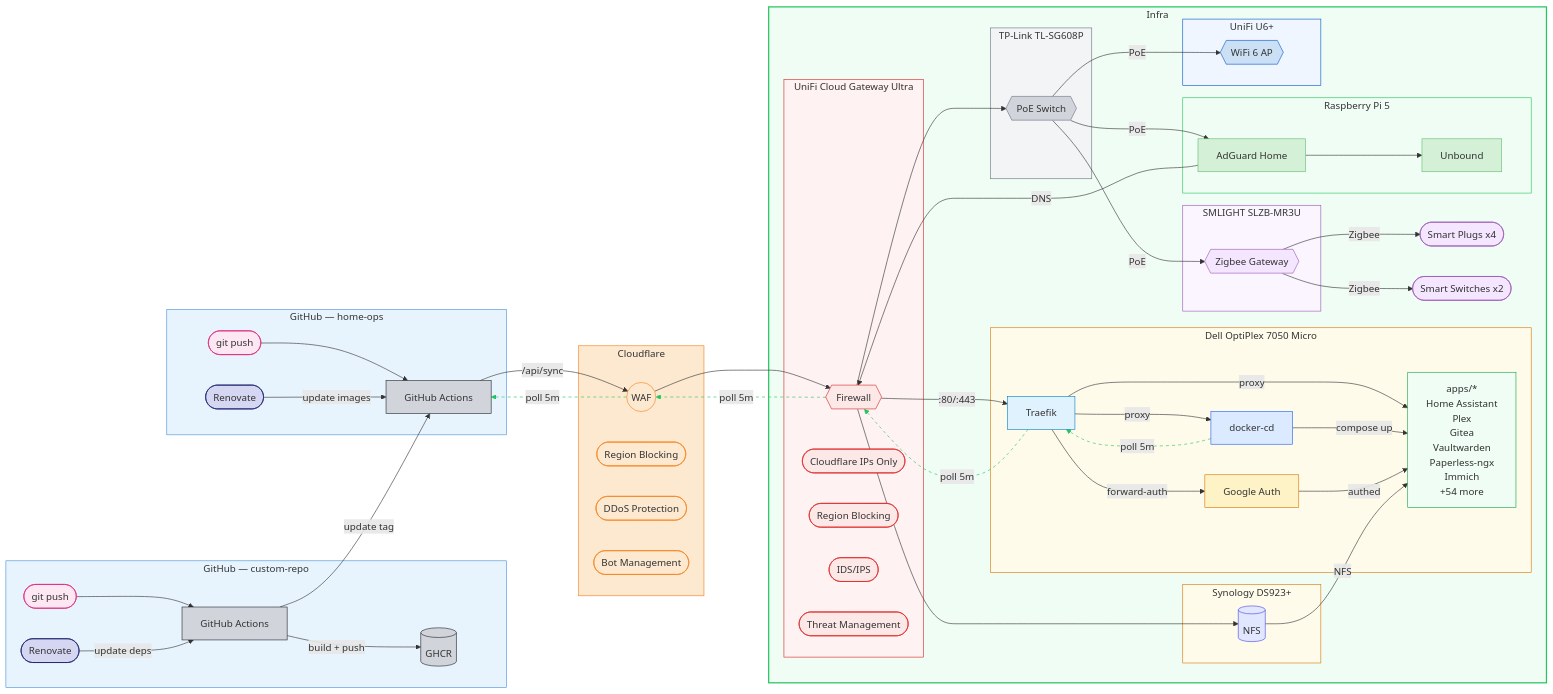
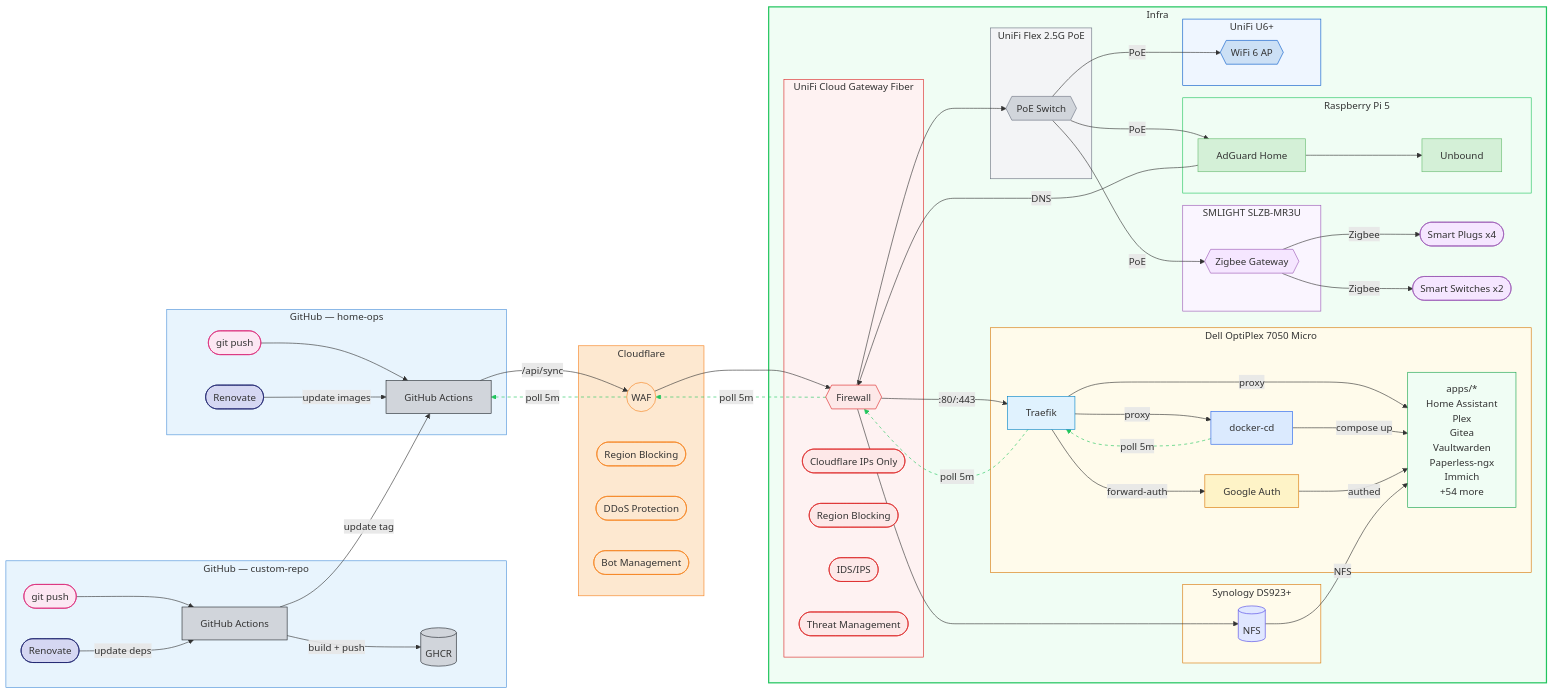
Before and after one commit to wajeht/home-ops: the diagram in README.md, drawn with Mermaid. The commit also changed other lines of this file, not shown here.

Commit message:
docs: update diagram and hardware list to reflect network changes

```diff
--- a/README.md
+++ b/README.md
@@ -63,7 +63,7 @@
             nfs[(NFS)]
         end
 
-        subgraph ucg[UniFi Cloud Gateway Ultra]
+        subgraph ucg[UniFi Cloud Gateway Fiber]
             unifi{{Firewall}}
             ucg_cf([Cloudflare IPs Only])
             ucg_region([Region Blocking])
@@ -82,7 +82,7 @@
         zigbee -->|Zigbee| plugs([Smart Plugs x4])
         zigbee -->|Zigbee| switches([Smart Switches x2])
 
-        subgraph tplink[TP-Link TL-SG608P]
+        subgraph uswflex[UniFi Flex 2.5G PoE]
             poe{{PoE Switch}}
         end
 
@@ -136,7 +136,7 @@
     style ucg fill:#fef2f2,stroke:#dc2626
     style pi fill:#f0fdf4,stroke:#22c55e
     style slzb fill:#faf5ff,stroke:#9b59b6
-    style tplink fill:#f3f4f6,stroke:#6b7280
+    style uswflex fill:#f3f4f6,stroke:#6b7280
     style u6 fill:#eff6ff,stroke:#0559c9
     style plugs fill:#f5e6ff,stroke:#9b59b6,color:#333
     style switches fill:#f5e6ff,stroke:#9b59b6,color:#333
```
